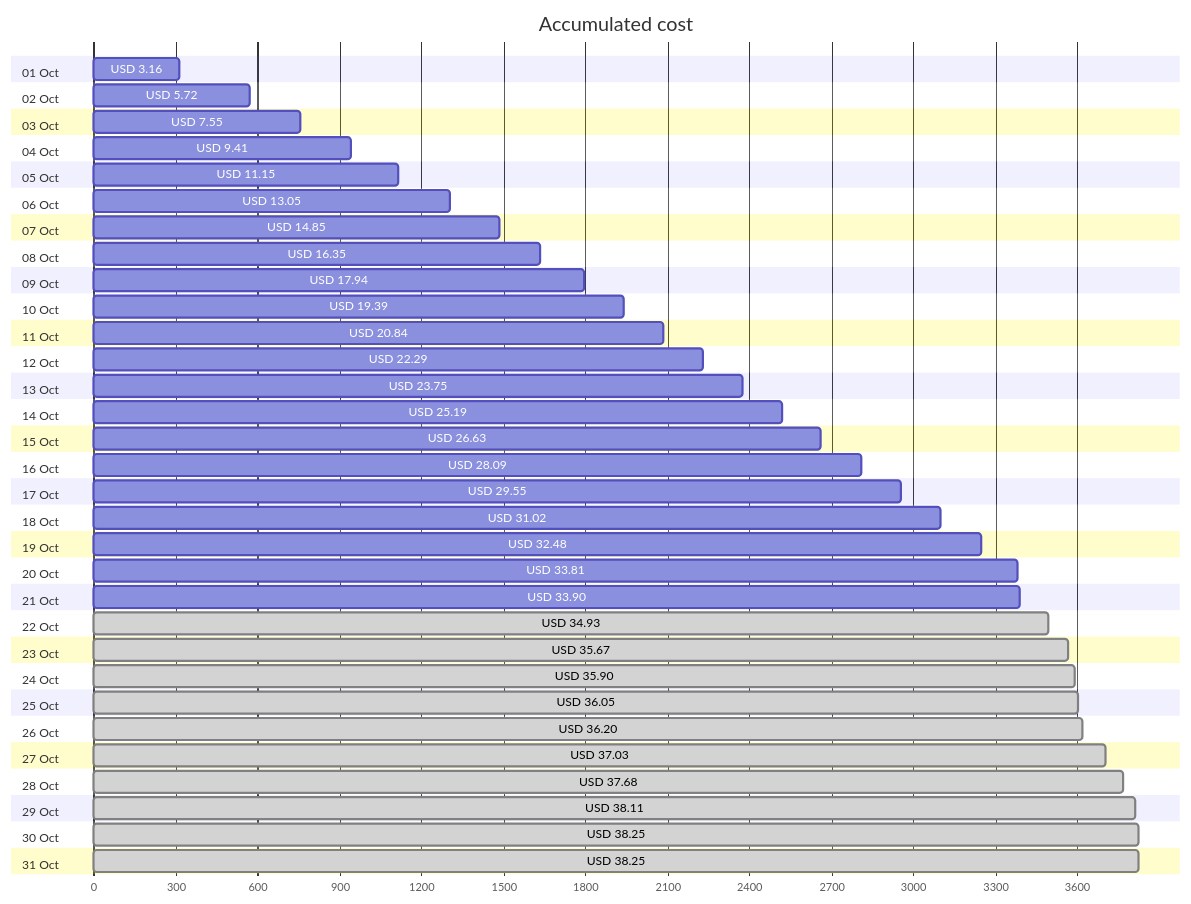
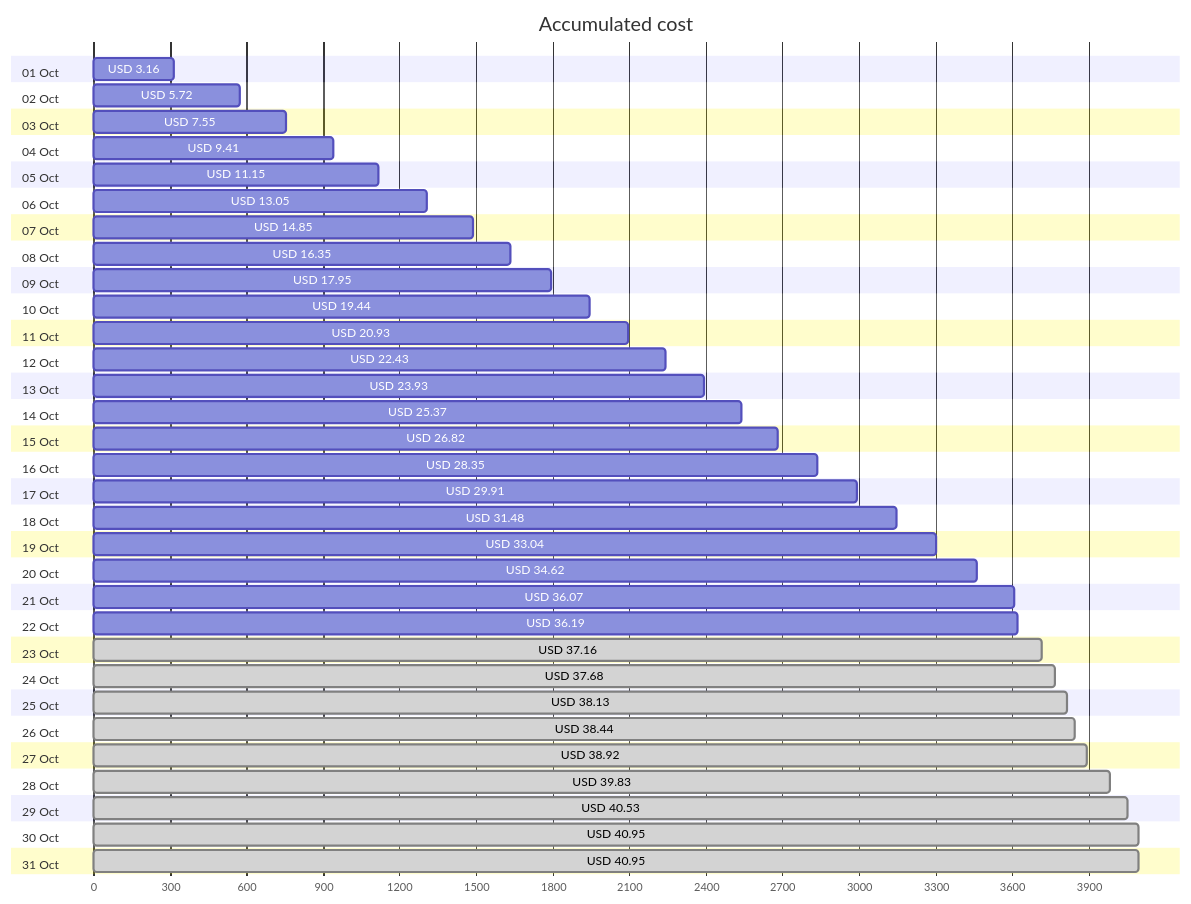
Before and after one commit to jpfulton/azure-personal-reports: the first of 4 diagrams in cost-reports/personal-network/README.md, drawn with Mermaid. The commit also changed other lines of this file and 8 other files, not shown here.

````diff
--- a/cost-reports/personal-network/README.md
+++ b/cost-reports/personal-network/README.md
@@ -20,68 +20,68 @@
 ```mermaid
 gantt
    title Accumulated cost
    dateFormat  X
    axisFormat %s
    section 01 Oct
    USD 3.16 :0, 316
    section 02 Oct
    USD 5.72 :0, 572
    section 03 Oct
    USD 7.55 :0, 755
    section 04 Oct
    USD 9.41 :0, 941
    section 05 Oct
    USD 11.15 :0, 1115
    section 06 Oct
    USD 13.05 :0, 1305
    section 07 Oct
    USD 14.85 :0, 1485
    section 08 Oct
    USD 16.35 :0, 1635
    section 09 Oct
-   USD 17.94 :0, 1794
+   USD 17.95 :0, 1795
    section 10 Oct
-   USD 19.39 :0, 1939
+   USD 19.44 :0, 1944
    section 11 Oct
-   USD 20.84 :0, 2084
+   USD 20.93 :0, 2093
    section 12 Oct
-   USD 22.29 :0, 2229
+   USD 22.43 :0, 2243
    section 13 Oct
-   USD 23.75 :0, 2375
+   USD 23.93 :0, 2393
    section 14 Oct
-   USD 25.19 :0, 2519
+   USD 25.37 :0, 2537
    section 15 Oct
-   USD 26.63 :0, 2663
+   USD 26.82 :0, 2682
    section 16 Oct
-   USD 28.09 :0, 2809
+   USD 28.35 :0, 2835
    section 17 Oct
-   USD 29.55 :0, 2955
+   USD 29.91 :0, 2991
    section 18 Oct
-   USD 31.02 :0, 3102
+   USD 31.48 :0, 3148
    section 19 Oct
-   USD 32.48 :0, 3248
+   USD 33.04 :0, 3304
    section 20 Oct
-   USD 33.81 :0, 3381
+   USD 34.62 :0, 3462
    section 21 Oct
-   USD 33.90 :0, 3390
+   USD 36.07 :0, 3607
    section 22 Oct
-   USD 34.93 : done, 0, 3493
+   USD 36.19 :0, 3619
    section 23 Oct
-   USD 35.67 : done, 0, 3567
+   USD 37.16 : done, 0, 3716
    section 24 Oct
-   USD 35.90 : done, 0, 3590
+   USD 37.68 : done, 0, 3768
    section 25 Oct
-   USD 36.05 : done, 0, 3605
+   USD 38.13 : done, 0, 3813
    section 26 Oct
-   USD 36.20 : done, 0, 3620
+   USD 38.44 : done, 0, 3844
    section 27 Oct
-   USD 37.03 : done, 0, 3703
+   USD 38.92 : done, 0, 3892
    section 28 Oct
-   USD 37.68 : done, 0, 3768
+   USD 39.83 : done, 0, 3983
    section 29 Oct
-   USD 38.11 : done, 0, 3811
+   USD 40.53 : done, 0, 4053
    section 30 Oct
-   USD 38.25 : done, 0, 3825
+   USD 40.95 : done, 0, 4095
    section 31 Oct
-   USD 38.25 : done, 0, 3825
+   USD 40.95 : done, 0, 4095
 ```
````
